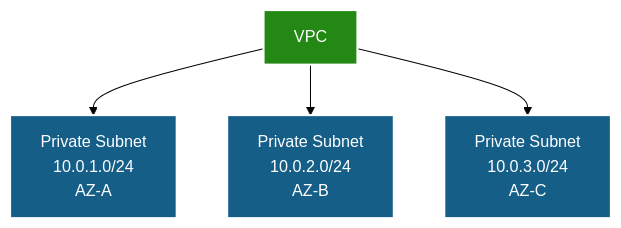
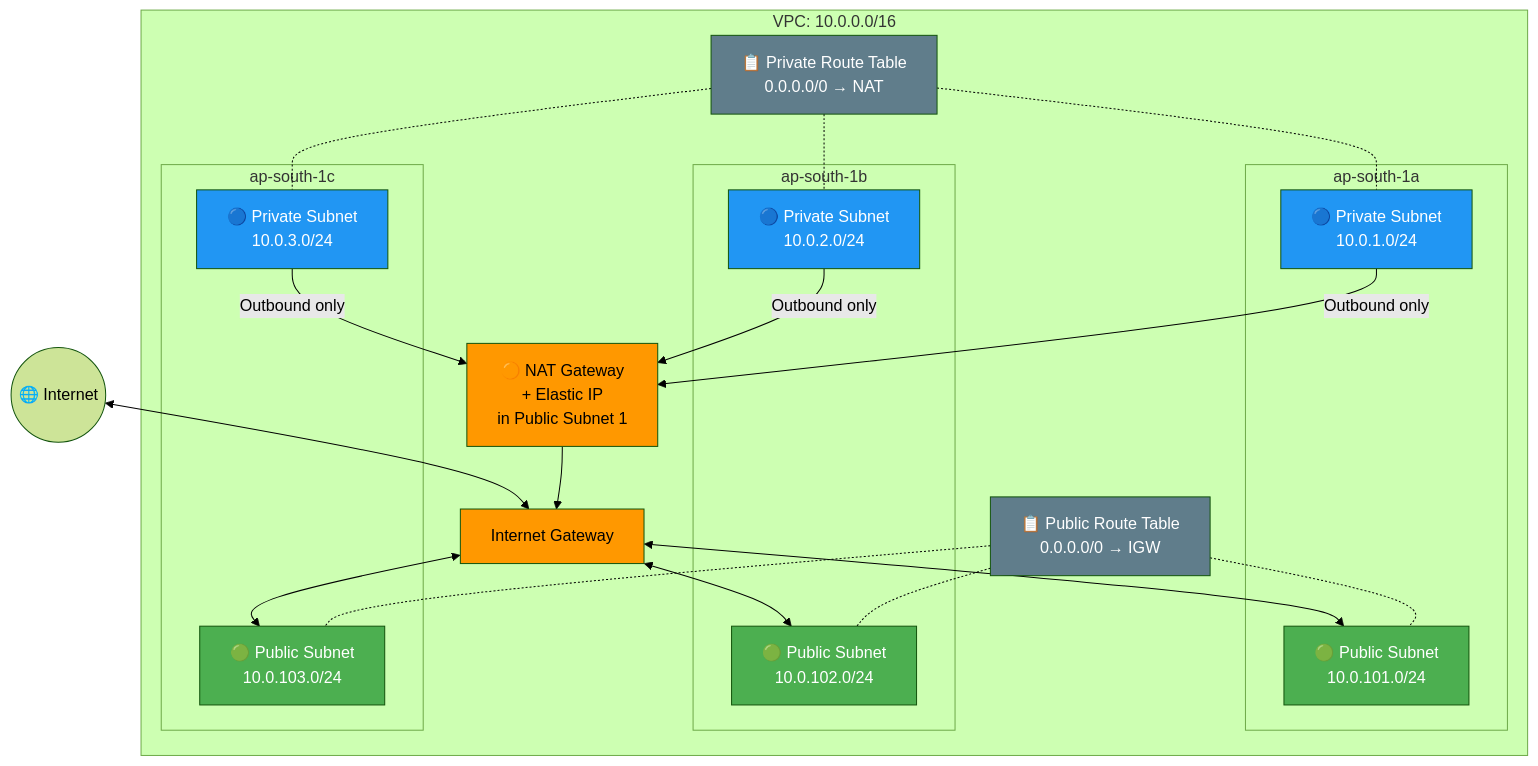
One commit to selvakumarperumal/EKS_k8s_custom_template_with_Terraform changed the second of 13 diagrams in docs/architecture-build-steps.md. Above: the diagram before and after it, drawn with Mermaid (forest theme). The commit also changed other lines of this file, not shown here.

Commit message:
docs: rewrite build steps as proper architecture layout diagrams with subgraphs and styled nodes

````diff
--- a/docs/architecture-build-steps.md
+++ b/docs/architecture-build-steps.md
@@ -70,12 +57,55 @@
 ```mermaid
-graph TD
-    classDef vpcStyle fill:#248814,stroke:#fff,stroke-width:2px,color:#fff
-    classDef privStyle fill:#145E88,stroke:#fff,stroke-width:2px,color:#fff
+graph TB
+    Internet(("🌐 Internet"))
 
-    VPC["VPC"] --> PrivA["Private Subnet\n10.0.1.0/24\nAZ-A"]
-    VPC --> PrivB["Private Subnet\n10.0.2.0/24\nAZ-B"]
-    VPC --> PrivC["Private Subnet\n10.0.3.0/24\nAZ-C"]
+    subgraph VPC["VPC: 10.0.0.0/16"]
+        IGW["Internet Gateway"]
+        NAT["🟠 NAT Gateway\n+ Elastic IP\nin Public Subnet 1"]
 
-    class VPC vpcStyle
-    class PrivA,PrivB,PrivC privStyle
+        subgraph AZ1["ap-south-1a"]
+            PUB1["🟢 Public Subnet\n10.0.101.0/24"]
+            PRIV1["🔵 Private Subnet\n10.0.1.0/24"]
+        end
+
+        subgraph AZ2["ap-south-1b"]
+            PUB2["🟢 Public Subnet\n10.0.102.0/24"]
+            PRIV2["🔵 Private Subnet\n10.0.2.0/24"]
+        end
+
+        subgraph AZ3["ap-south-1c"]
+            PUB3["🟢 Public Subnet\n10.0.103.0/24"]
+            PRIV3["🔵 Private Subnet\n10.0.3.0/24"]
+        end
+
+        PUB_RT["📋 Public Route Table\n0.0.0.0/0 → IGW"]
+        PRIV_RT["📋 Private Route Table\n0.0.0.0/0 → NAT"]
+    end
+
+    Internet <--> IGW
+    IGW <--> PUB1
+    IGW <--> PUB2
+    IGW <--> PUB3
+    NAT --> IGW
+
+    PRIV1 -->|"Outbound only"| NAT
+    PRIV2 -->|"Outbound only"| NAT
+    PRIV3 -->|"Outbound only"| NAT
+
+    PUB_RT -.- PUB1
+    PUB_RT -.- PUB2
+    PUB_RT -.- PUB3
+    PRIV_RT -.- PRIV1
+    PRIV_RT -.- PRIV2
+    PRIV_RT -.- PRIV3
+
+    style PUB1 fill:#4CAF50,color:#fff
+    style PUB2 fill:#4CAF50,color:#fff
+    style PUB3 fill:#4CAF50,color:#fff
+    style PRIV1 fill:#2196F3,color:#fff
+    style PRIV2 fill:#2196F3,color:#fff
+    style PRIV3 fill:#2196F3,color:#fff
+    style IGW fill:#FF9800,color:#000
+    style NAT fill:#FF9800,color:#000
+    style PUB_RT fill:#607D8B,color:#fff
+    style PRIV_RT fill:#607D8B,color:#fff
 ```
````
